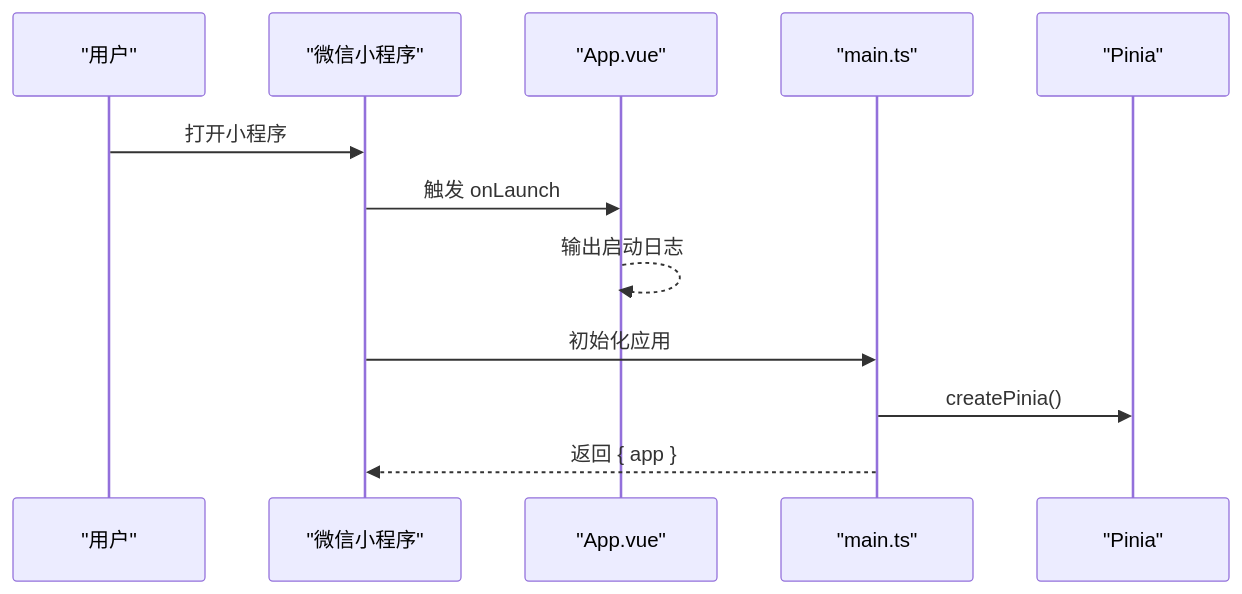
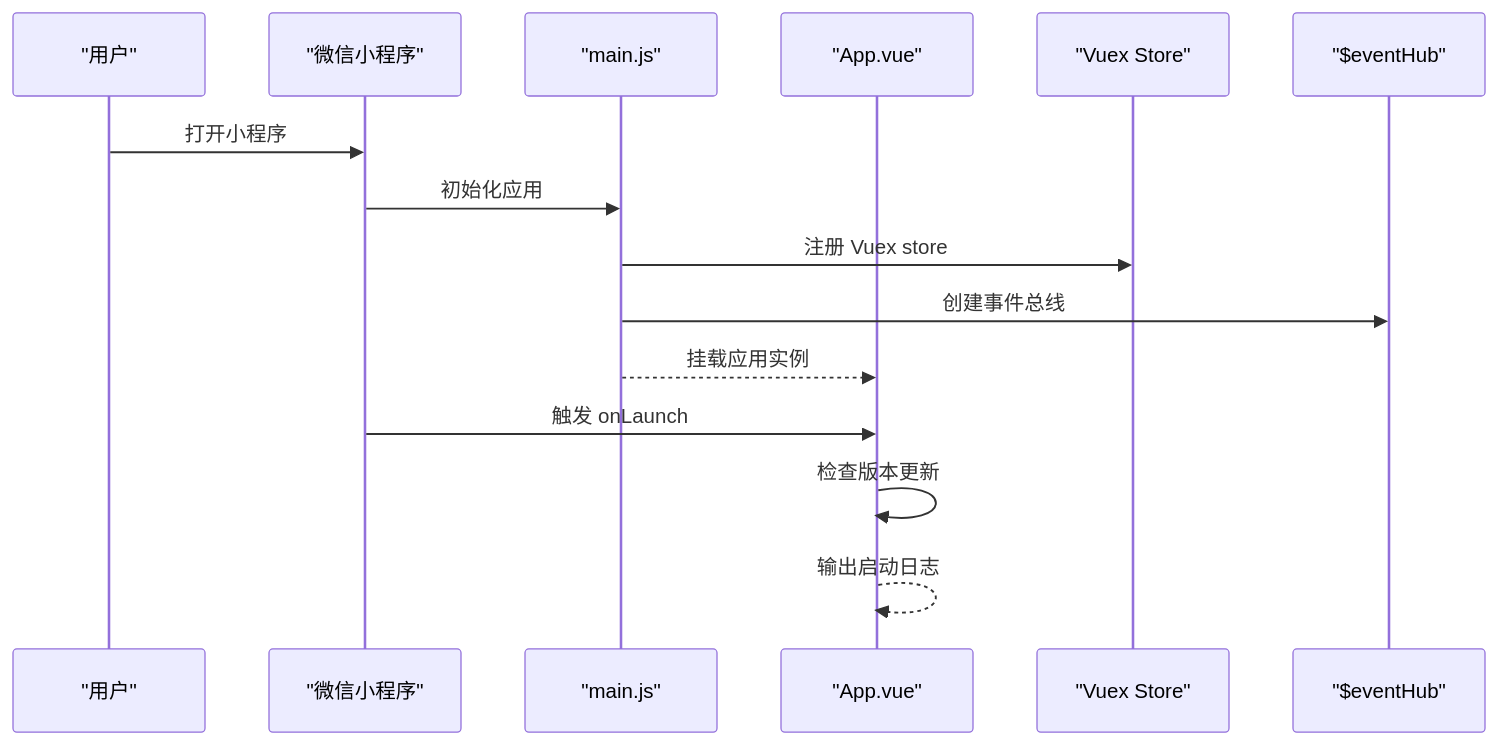
Before and after one commit to QtImM/wechatMiniprogram_Store: the third of 8 diagrams in .qoder/repowiki/zh/content/前端架构设计/前端架构设计.md, drawn with Mermaid. The commit also changed other lines of this file and 109 other files, not shown here.

````diff
--- a/.qoder/repowiki/zh/content/前端架构设计/前端架构设计.md
+++ b/.qoder/repowiki/zh/content/前端架构设计/前端架构设计.md
@@ -144,14 +150,17 @@
 ```mermaid
 sequenceDiagram
 participant U as "用户"
 participant MP as "微信小程序"
+participant MAIN as "main.js"
 participant APP as "App.vue"
-participant MAIN as "main.ts"
-participant PINIA as "Pinia"
+participant STORE as "Vuex Store"
+participant EVENT as "$eventHub"
 U->>MP : 打开小程序
+MP->>MAIN : 初始化应用
+MAIN->>STORE : 注册 Vuex store
+MAIN->>EVENT : 创建事件总线
+MAIN-->>APP : 挂载应用实例
 MP->>APP : 触发 onLaunch
+APP->>APP : 检查版本更新
 APP-->>APP : 输出启动日志
-MP->>MAIN : 初始化应用
-MAIN->>PINIA : createPinia()
-MAIN-->>MP : 返回 { app }
 ```
````
